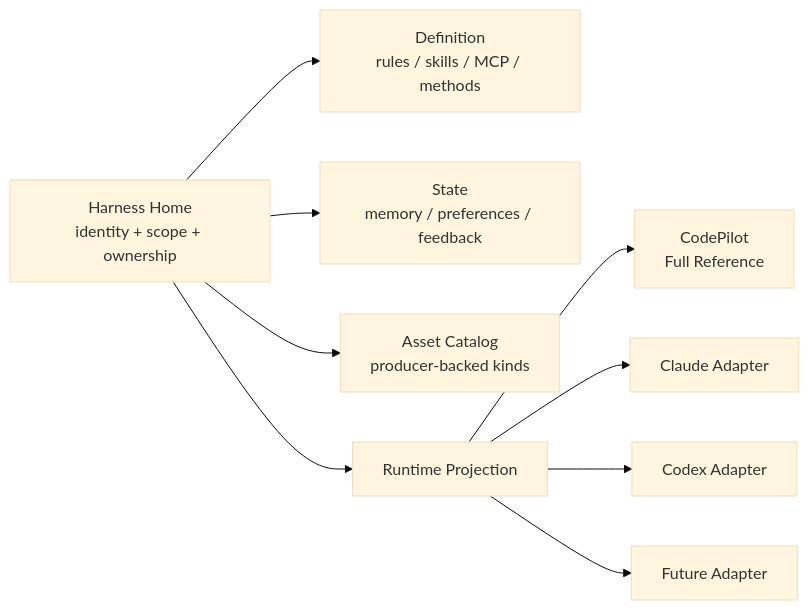
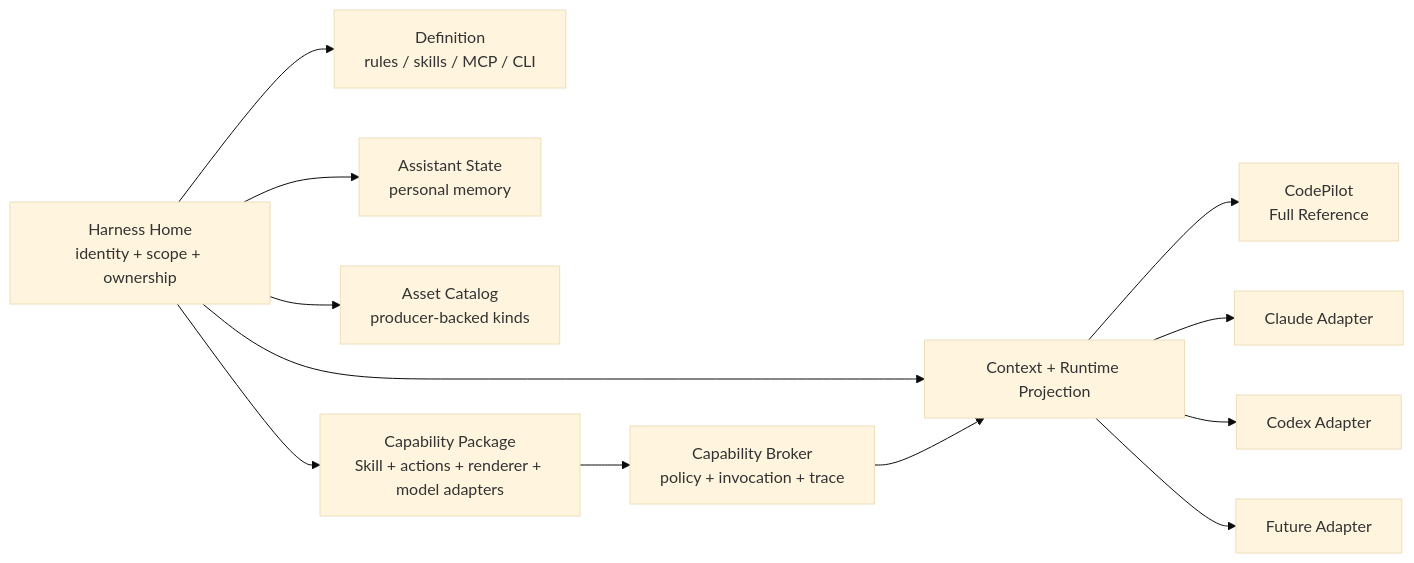
One commit to youcho2/CodePilot changed the first of 2 diagrams in docs/exec-plans/active/harness-home-user-owned-core.md. Above: the diagram before and after it, drawn with Mermaid (base theme). The commit also changed other lines of this file and 83 other files, not shown here.

````diff
--- a/docs/exec-plans/active/harness-home-user-owned-core.md
+++ b/docs/exec-plans/active/harness-home-user-owned-core.md
@@ -105,11 +123,14 @@
 ```mermaid
 flowchart LR
-  Home["Harness Home\nidentity + scope + ownership"] --> Definition["Definition\nrules / skills / MCP / methods"]
-  Home --> State["State\nmemory / preferences / feedback"]
+  Home["Harness Home\nidentity + scope + ownership"] --> Definition["Definition\nrules / skills / MCP / CLI"]
+  Home --> State["Assistant State\npersonal memory"]
   Home --> Assets["Asset Catalog\nproducer-backed kinds"]
-  Home --> Projection["Runtime Projection"]
+  Home --> Package["Capability Package\nSkill + actions + renderer + model adapters"]
+  Package --> Broker["Capability Broker\npolicy + invocation + trace"]
+  Home --> Projection["Context + Runtime Projection"]
+  Broker --> Projection
   Projection --> CodePilot["CodePilot\nFull Reference"]
   Projection --> Claude["Claude Adapter"]
   Projection --> Codex["Codex Adapter"]
   Projection --> Future["Future Adapter"]
 ```
````
